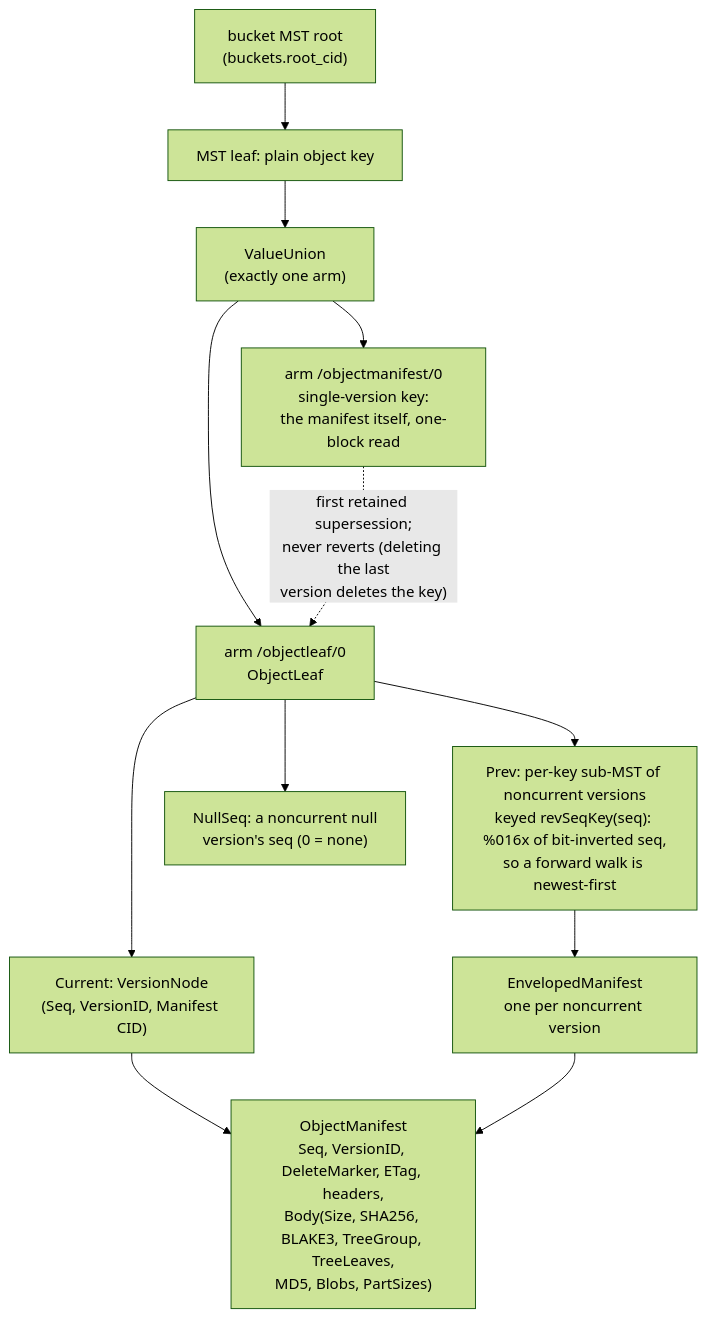
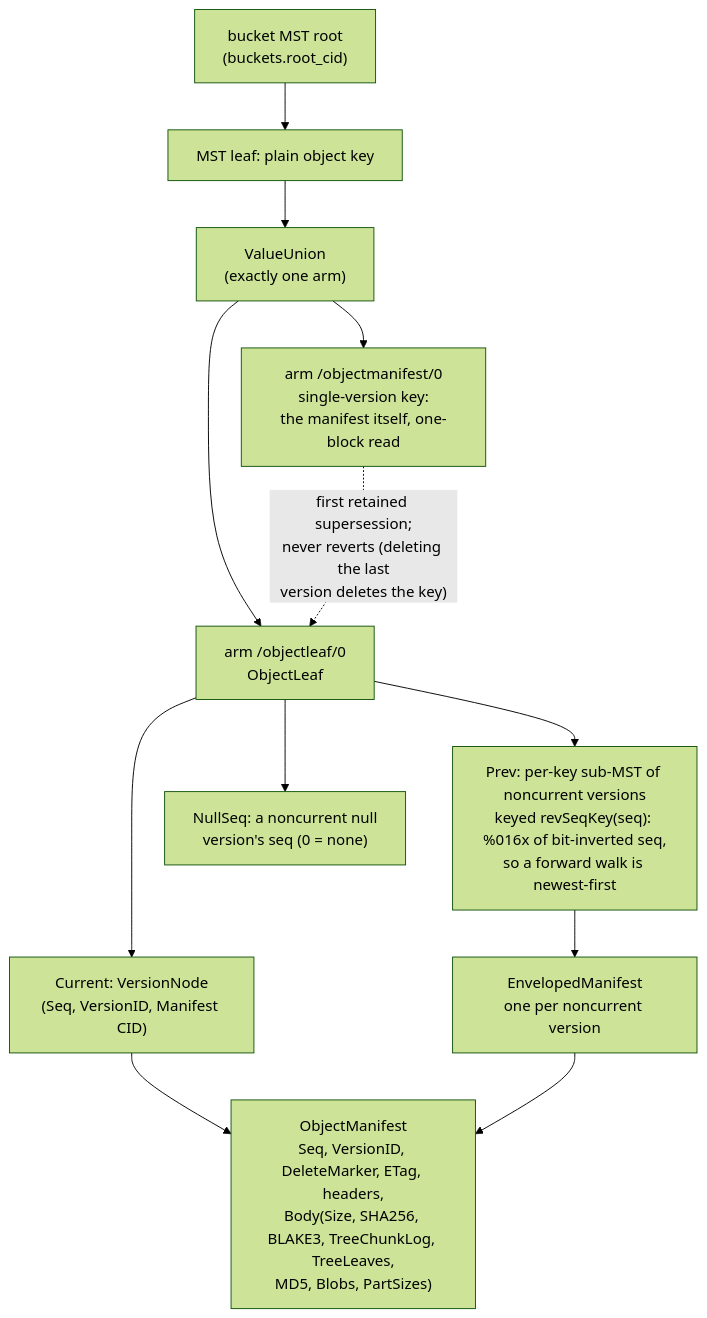
The ninth of 14 diagrams in docs/diagrams.md (fil-forge/ingot), drawn with Mermaid (forest theme) before and after one commit. The commit also changed other lines of this file and 20 other files, not shown here.

Commit message:
refactor: rename group to chunk log

````diff
--- a/docs/diagrams.md
+++ b/docs/diagrams.md
@@ -640,24 +640,24 @@
 ```mermaid
 flowchart TB
     root["bucket MST root<br/>(buckets.root_cid)"]
     leafk["MST leaf: plain object key"]
     union["ValueUnion<br/>(exactly one arm)"]
     mans["arm /objectmanifest/0<br/>single-version key:<br/>the manifest itself, one-block read"]
     leaf["arm /objectleaf/0<br/>ObjectLeaf"]
     cur["Current: VersionNode<br/>(Seq, VersionID, Manifest CID)"]
     prev["Prev: per-key sub-MST of noncurrent versions<br/>keyed revSeqKey(seq): %016x of bit-inverted seq,<br/>so a forward walk is newest-first"]
     nulls["NullSeq: a noncurrent null<br/>version's seq (0 = none)"]
     em["EnvelopedManifest<br/>one per noncurrent version"]
-    mf["ObjectManifest<br/>Seq, VersionID, DeleteMarker, ETag, headers,<br/>Body(Size, SHA256, BLAKE3, TreeGroup, TreeLeaves,<br/>MD5, Blobs, PartSizes)"]
+    mf["ObjectManifest<br/>Seq, VersionID, DeleteMarker, ETag, headers,<br/>Body(Size, SHA256, BLAKE3, TreeChunkLog, TreeLeaves,<br/>MD5, Blobs, PartSizes)"]
 
     root --> leafk --> union
     union --> mans
     union --> leaf
     mans -.->|"first retained supersession;<br/>never reverts (deleting the last<br/>version deletes the key)"| leaf
     leaf --> cur
     leaf --> prev
     leaf --> nulls
     prev --> em
     cur --> mf
     em --> mf
 ```
````
